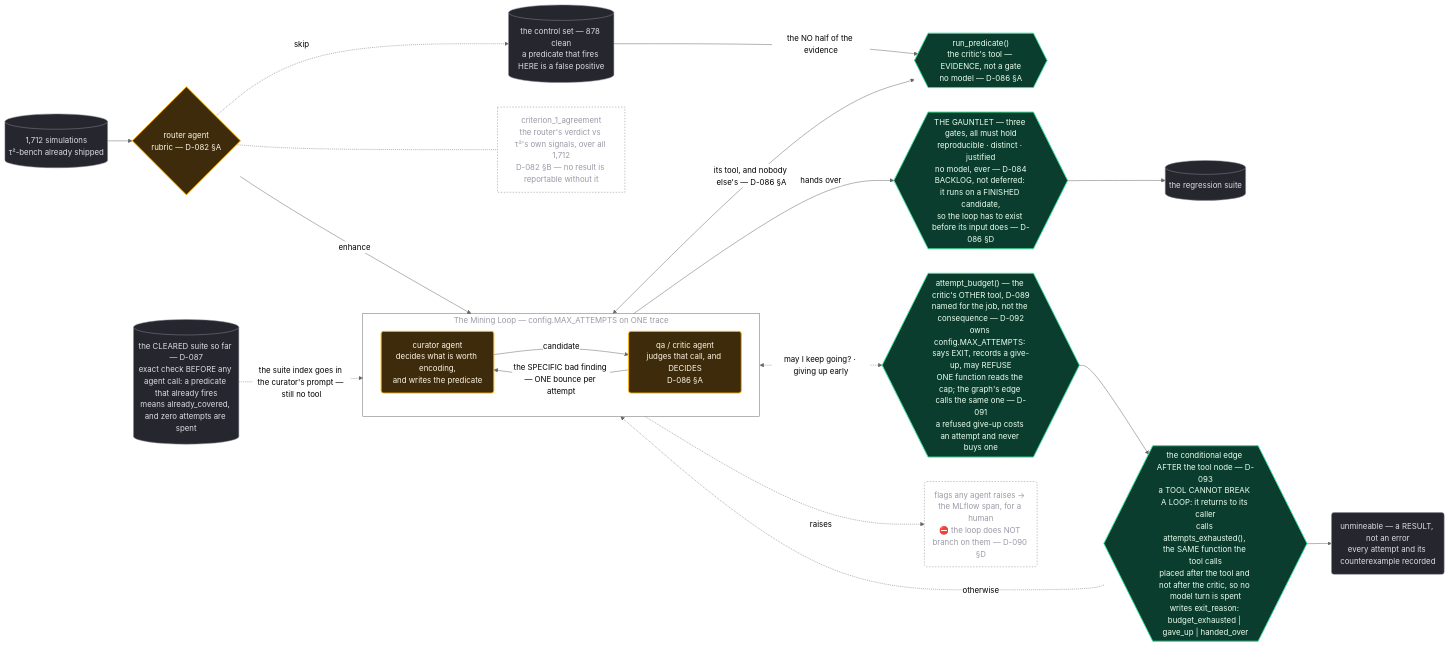
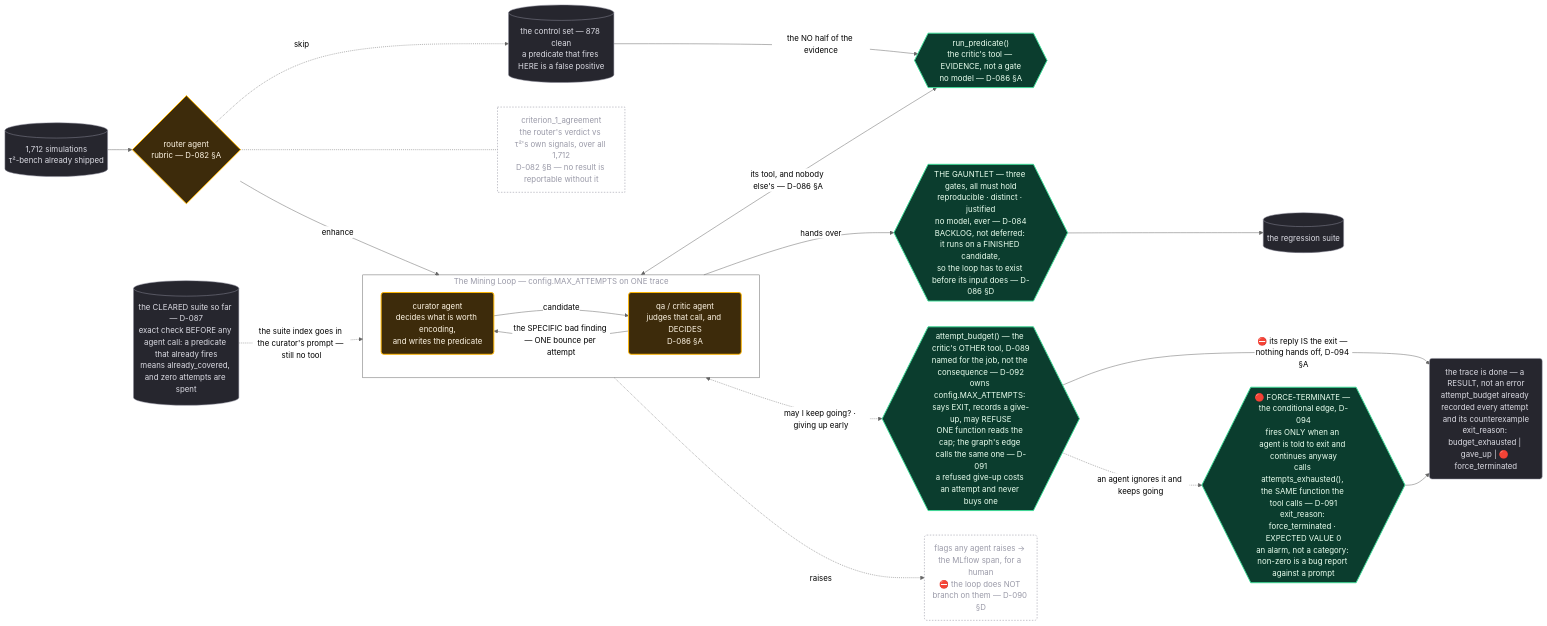
The diagram in diagrams/agents.mmd (sandeepyadav1478/touchstone), drawn with Mermaid (neutral theme) before and after one commit. The commit also changed 4 other files, not shown here.

```diff
--- a/diagrams/agents.mmd
+++ b/diagrams/agents.mmd
@@ -1,56 +1,56 @@
 %% touchstone — the mining loop's three agents, and where the decision sits. D-082, D-086.
 %% The chain: router -> curator <-> critic <-> run_predicate, then critic -> the gauntlet -> suite.
 %% Every green node is mechanical. D-086: run_predicate is EVIDENCE the critic reads, not a gate.
 %% D-089: the critic holds TWO tools. unmineable is a RESULT it records, never a stage.
 flowchart LR
 
   IN[("1,712 simulations<br/>τ²-bench already shipped")]
   ROUTER{"router agent<br/>rubric — D-082 §A"}
 
   subgraph LOOP["The Mining Loop — config.MAX_ATTEMPTS on ONE trace"]
     direction LR
     CURATOR("curator agent<br/>decides what is worth encoding,<br/>and writes the predicate")
     CRITIC("qa / critic agent<br/>judges that call, and DECIDES<br/>D-086 §A")
     CURATOR -- "candidate" --> CRITIC
     CRITIC -- "the SPECIFIC bad finding — ONE bounce per attempt" --> CURATOR
   end
 
   TEST{{"run_predicate()<br/>the critic's tool — EVIDENCE, not a gate<br/>no model — D-086 §A"}}
   BUDGET{{"attempt_budget() — the critic's OTHER tool, D-089<br/>named for the job, not the consequence — D-092<br/>owns config.MAX_ATTEMPTS: says EXIT, records a give-up, may REFUSE<br/>ONE function reads the cap; the graph's edge calls the same one — D-091<br/>a refused give-up costs an attempt and never buys one"}}
   GAUNTLET{{"THE GAUNTLET — three gates, all must hold<br/>reproducible · distinct · justified<br/>no model, ever — D-084<br/>BACKLOG, not deferred: it runs on a FINISHED candidate,<br/>so the loop has to exist before its input does — D-086 §D"}}
   SUITE[("the regression suite")]
   CONTROL[("the control set — 878 clean<br/>a predicate that fires HERE is a false positive")]
-  UNMINED("unmineable — a RESULT, not an error<br/>every attempt and its counterexample recorded")
+  UNMINED("the trace is done — a RESULT, not an error<br/>attempt_budget already recorded every attempt and its counterexample<br/>exit_reason: budget_exhausted | gave_up | 🔴 force_terminated")
   CAL["criterion_1_agreement<br/>the router's verdict vs τ²'s own signals, over all 1,712<br/>D-082 §B — no result is reportable without it"]
 
   CLEARED[("the CLEARED suite so far — D-087<br/>exact check BEFORE any agent call: a predicate that already fires<br/>means already_covered, and zero attempts are spent")]
 
   IN --> ROUTER
   CLEARED -. "the suite index goes in the curator's prompt — still no tool" .-> CURATOR
   ROUTER -- "enhance" --> CURATOR
   ROUTER -. "skip" .-> CONTROL
   CRITIC <-- "its tool, and nobody else's — D-086 §A" --> TEST
   CONTROL -- "the NO half of the evidence" --> TEST
   CRITIC -- "hands over" --> GAUNTLET
   CRITIC <-. "may I keep going? · giving up early" .-> BUDGET
   FLAG("flags any agent raises → the MLflow span, for a human<br/>⛔ the loop does NOT branch on them — D-090 §D")
   CRITIC -. "raises" .-> FLAG
-  EDGE{{"the conditional edge AFTER the tool node — D-093<br/>a TOOL CANNOT BREAK A LOOP: it returns to its caller<br/>calls attempts_exhausted(), the SAME function the tool calls<br/>placed after the tool and not after the critic, so no model turn is spent<br/>writes exit_reason: budget_exhausted | gave_up | handed_over"}}
-  BUDGET --> EDGE
-  EDGE -. "otherwise" .-> CRITIC
+  EDGE{{"🔴 FORCE-TERMINATE — the conditional edge, D-094<br/>fires ONLY when an agent is told to exit and continues anyway<br/>calls attempts_exhausted(), the SAME function the tool calls — D-091<br/>exit_reason: force_terminated · EXPECTED VALUE 0<br/>an alarm, not a category: non-zero is a bug report against a prompt"}}
+  BUDGET -- "⛔ its reply IS the exit — nothing hands off, D-094 §A" --> UNMINED
+  BUDGET -. "an agent ignores it and keeps going" .-> EDGE
   EDGE --> UNMINED
   GAUNTLET --> SUITE
   ROUTER -.- CAL
 
   classDef agent fill:#3d2b0b,stroke:#ffb703,stroke-width:2px,color:#fff6e5
   classDef mech  fill:#0b3d2e,stroke:#3ddc97,stroke-width:2px,color:#eaffef
   classDef data  fill:#26262e,stroke:#8a8a99,color:#dcdce4
   classDef note  fill:none,stroke:#8a8a99,stroke-dasharray:3 3,color:#9a9aa8
   classDef box   fill:none,stroke:#666,color:#9a9aa8
 
   class ROUTER,CURATOR,CRITIC agent
   class TEST,BUDGET,EDGE,GAUNTLET mech
   class IN,SUITE,CONTROL,UNMINED data
   class CAL,FLAG note
   class CLEARED data
   class LOOP box
```
